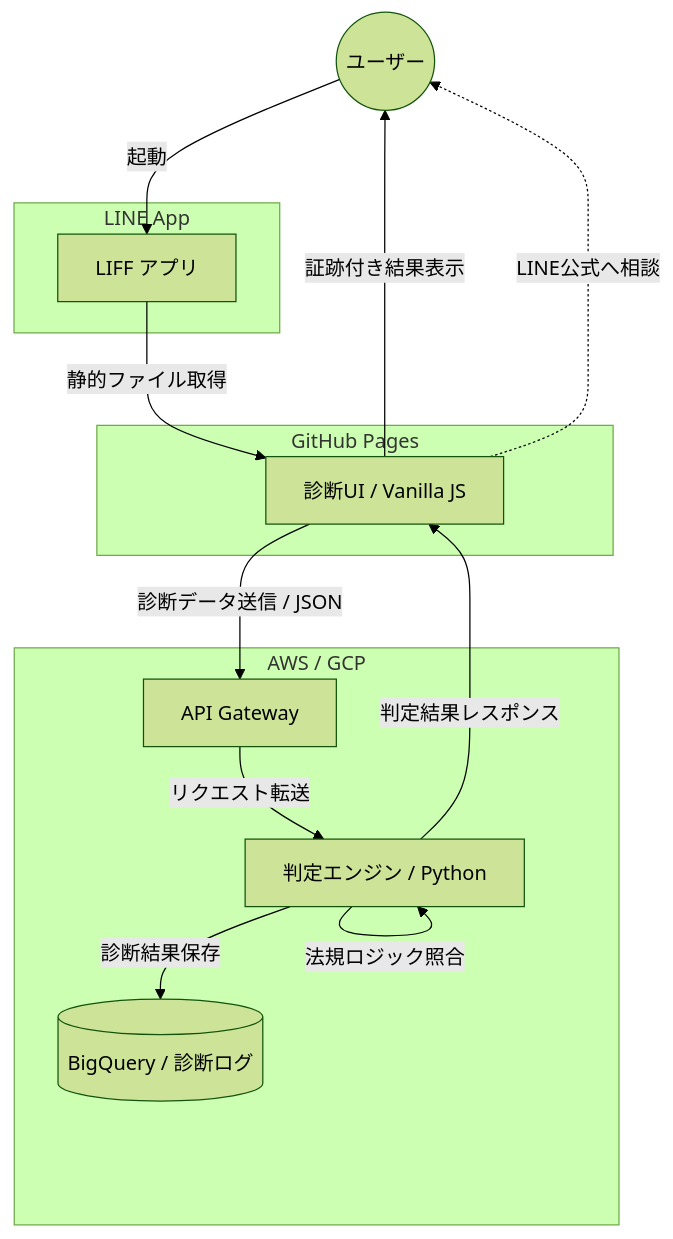
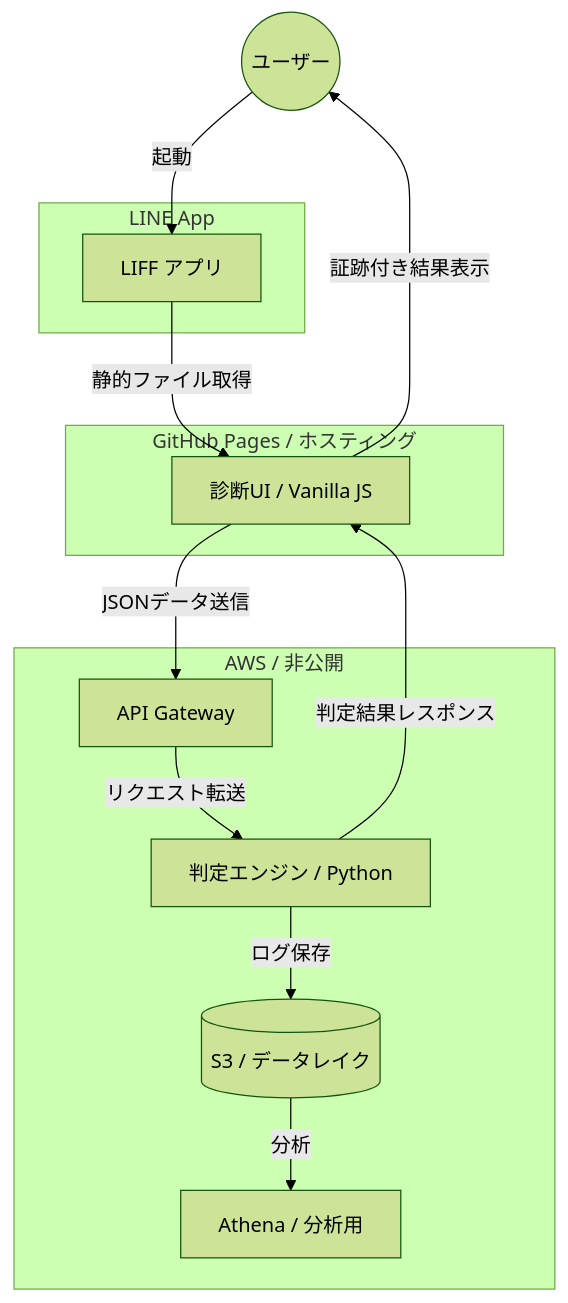
The diagram in README.md (kou-sato-ds/eizo-shindan-app), drawn with Mermaid (forest theme) before and after one commit. The commit also changed other lines of this file, not shown here.

Commit message:
feat: Initial release of eizo-shindan-app frontend with DE architecture docs

````diff
--- a/README.md
+++ b/README.md
@@ -22,29 +21,29 @@
 ```mermaid
 
 graph TD
     User((ユーザー))
     subgraph LINE_Platform [LINE App]
         LIFF[LIFF アプリ]
     end
     
-    subgraph Frontend [GitHub Pages]
+    subgraph Frontend [GitHub Pages / ホスティング]
         UI[診断UI / Vanilla JS]
     end
     
-    subgraph Backend_Cloud [AWS / GCP]
+    subgraph Backend_Cloud [AWS / 非公開]
         API[API Gateway]
         Lambda[判定エンジン / Python]
-        DB[(BigQuery / 診断ログ)]
+        S3[(S3 / データレイク)]
+        Athena[Athena / 分析用]
     end
 
     User -->|起動| LIFF
     LIFF -->|静的ファイル取得| UI
-    UI -->|診断データ送信 / JSON| API
+    UI -->|JSONデータ送信| API
     API -->|リクエスト転送| Lambda
-    Lambda -->|法規ロジック照合| Lambda
-    Lambda -->|診断結果保存| DB
     Lambda -->|判定結果レスポンス| UI
+    Lambda -->|ログ保存| S3
+    S3 -->|分析| Athena
     UI -->|証跡付き結果表示| User
-    UI -.->|LINE公式へ相談| User
-
+    
 ```
````
